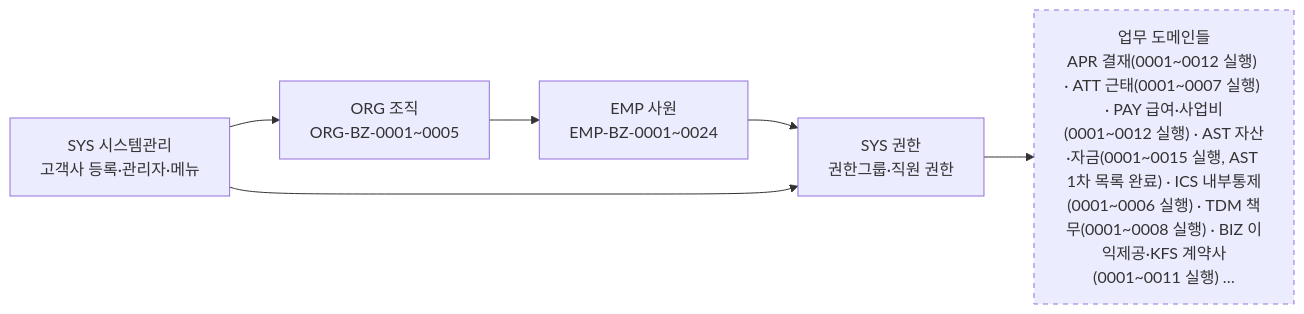
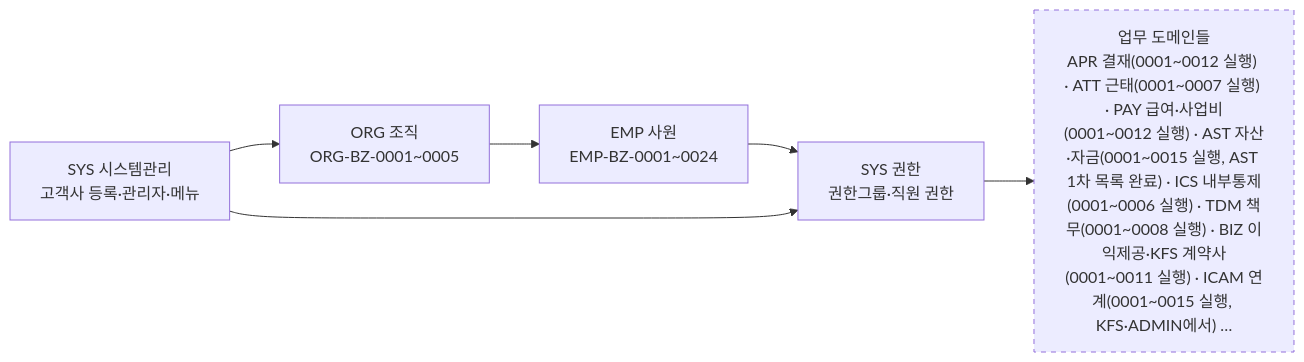
The diagram in AssetERP/docs/2-업무분석/biz-event/00-도메인Map.md (KimDoYoung/framework-sprt), drawn with Mermaid before and after one commit. The commit also changed 4 other files, not shown here.

````diff
--- a/AssetERP/docs/2-업무분석/biz-event/00-도메인Map.md
+++ b/AssetERP/docs/2-업무분석/biz-event/00-도메인Map.md
@@ -6,14 +6,14 @@
 ```mermaid
 flowchart LR
     SYS["SYS 시스템관리<br/>고객사 등록·관리자·메뉴"]
     ORG["ORG 조직<br/>ORG-BZ-0001~0005"]
     EMP["EMP 사원<br/>EMP-BZ-0001~0024"]
     AUTH["SYS 권한<br/>권한그룹·직원 권한"]
-    WORK["업무 도메인들<br/>APR 결재(0001~0012 실행) · ATT 근태(0001~0007 실행) · PAY 급여·사업비(0001~0012 실행) · AST 자산·자금(0001~0015 실행, AST 1차 목록 완료) · ICS 내부통제(0001~0006 실행) · TDM 책무(0001~0008 실행) · BIZ 이익제공·KFS 계약사(0001~0011 실행) …"]
+    WORK["업무 도메인들<br/>APR 결재(0001~0012 실행) · ATT 근태(0001~0007 실행) · PAY 급여·사업비(0001~0012 실행) · AST 자산·자금(0001~0015 실행, AST 1차 목록 완료) · ICS 내부통제(0001~0006 실행) · TDM 책무(0001~0008 실행) · BIZ 이익제공·KFS 계약사(0001~0011 실행) · ICAM 연계(0001~0015 실행, KFS·ADMIN에서) …"]
 
     SYS --> ORG --> EMP --> AUTH --> WORK
     SYS --> AUTH
 
     classDef todo stroke-dasharray: 5 5
     class WORK todo
 ```
````
